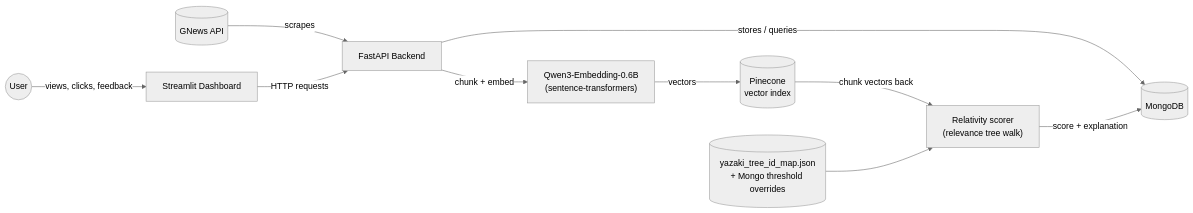
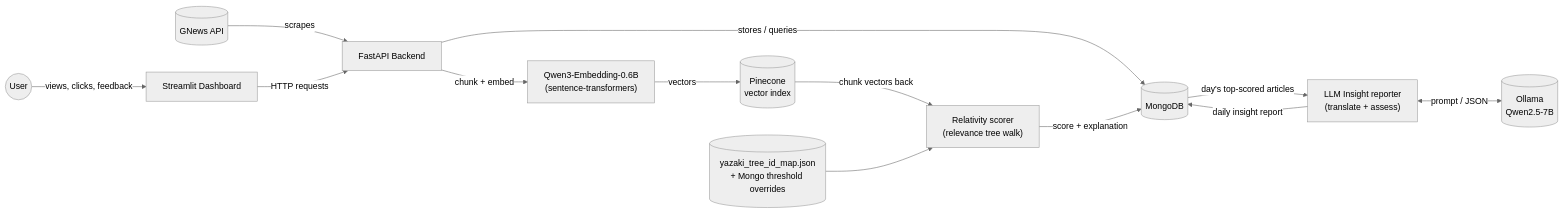
One commit to yassinembasskar/news-scraper-ymo changed the diagram in Readme.md. Above: the diagram before and after it, drawn with Mermaid (neutral theme). The commit also changed other lines of this file and 15 other files, not shown here.

Commit message:
New feature: LLM Insight daily reports (Ollama stage 5) — calendar page, per-day report generation with translation caching and relevance/SAP-impact assessment

````diff
--- a/Readme.md
+++ b/Readme.md
@@ -44,12 +45,15 @@
 ```mermaid
 flowchart LR
     GNews[("GNews API")] -->|scrapes| Backend["FastAPI Backend"]
     Backend -->|stores / queries| Mongo[("MongoDB")]
     Backend -->|chunk + embed| Model["Qwen3-Embedding-0.6B\n(sentence-transformers)"]
     Model -->|vectors| Pinecone[("Pinecone\nvector index")]
     Pinecone -->|chunk vectors back| Scorer["Relativity scorer\n(relevance tree walk)"]
     Tree[("yazaki_tree_id_map.json\n+ Mongo threshold overrides")] --> Scorer
     Scorer -->|score + explanation| Mongo
+    Mongo -->|day's top-scored articles| Reporter["LLM Insight reporter\n(translate + assess)"]
+    Reporter <-->|prompt / JSON| Ollama[("Ollama\nQwen2.5-7B")]
+    Reporter -->|daily insight report| Mongo
     Frontend["Streamlit Dashboard"] -->|HTTP requests| Backend
     User(("User")) -->|views, clicks, feedback| Frontend
 ```
````
